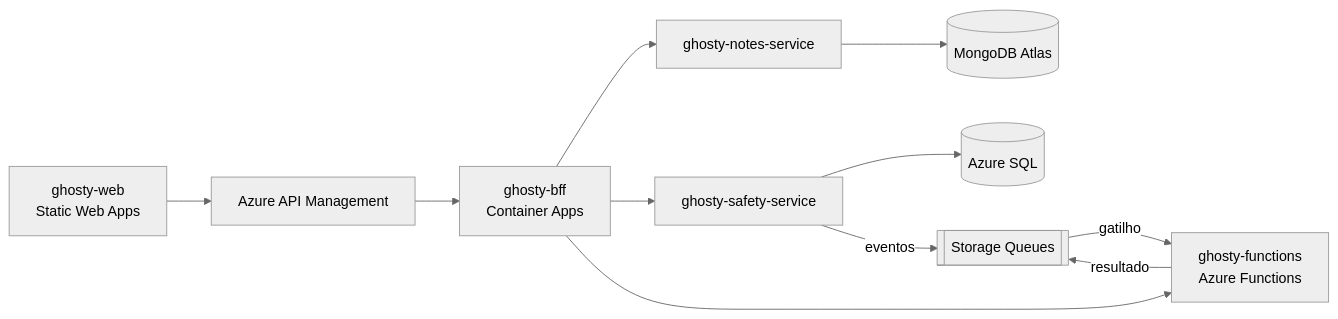
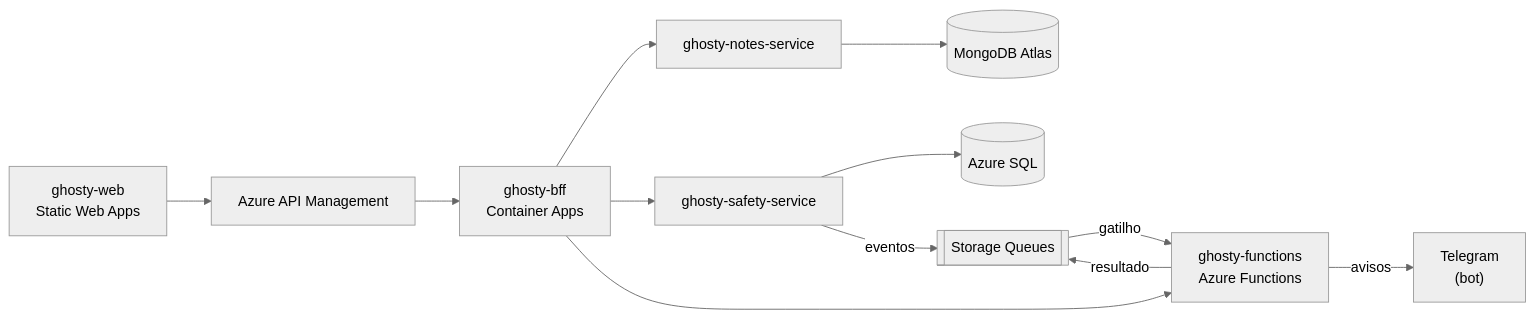
One commit to Carloslgp/Ghosty_App_Web changed the diagram in README.md. Above: the diagram before and after it, drawn with Mermaid (neutral theme). The commit also changed other lines of this file and 6 other files, not shown here.

````diff
--- a/README.md
+++ b/README.md
@@ -15,13 +15,14 @@
 ```mermaid
 flowchart LR
   FE["ghosty-web<br/>Static Web Apps"] --> GW["Azure API Management"]
   GW --> BFF["ghosty-bff<br/>Container Apps"]
   BFF --> NS["ghosty-notes-service"]
   BFF --> SS["ghosty-safety-service"]
   BFF --> FN["ghosty-functions<br/>Azure Functions"]
   NS --> MDB[("MongoDB Atlas")]
   SS --> SQL[("Azure SQL")]
   SS -- "eventos" --> Q[["Storage Queues"]]
   Q -- "gatilho" --> FN
   FN -- "resultado" --> Q
+  FN -- "avisos" --> TG["Telegram<br/>(bot)"]
 ```
````
